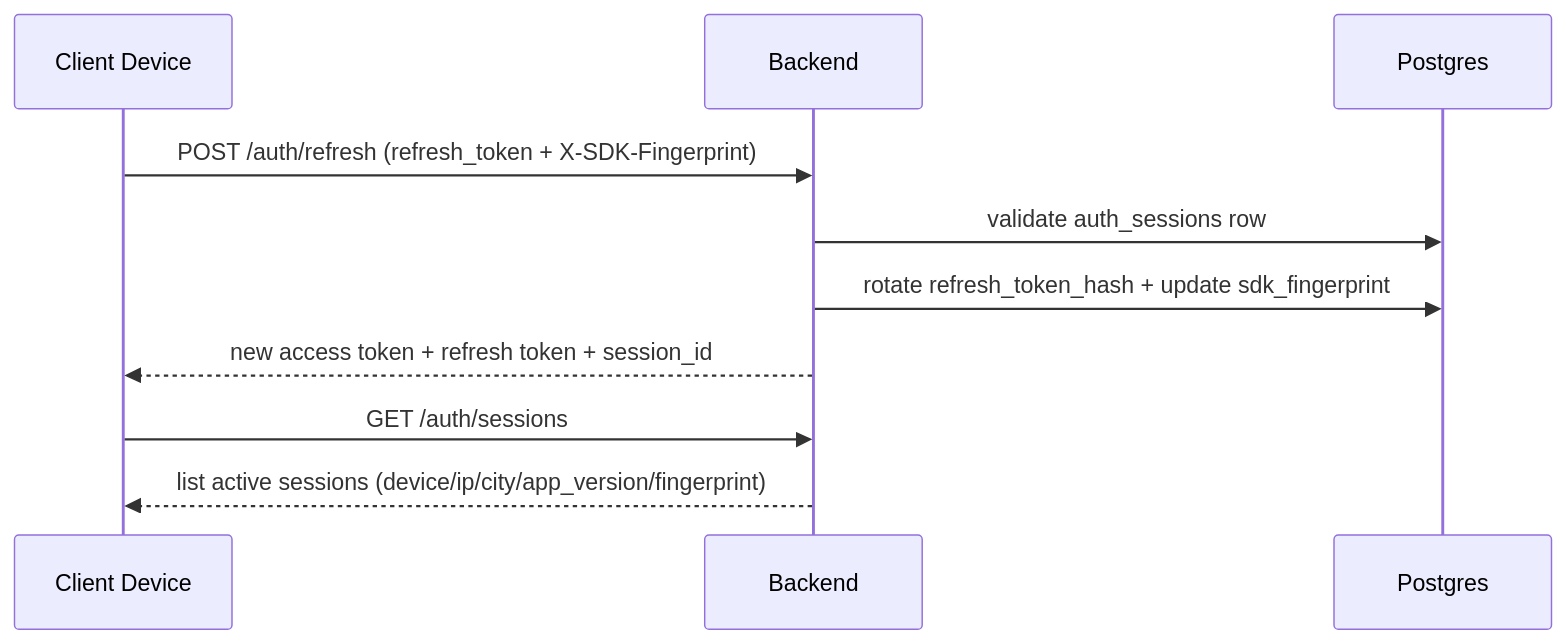
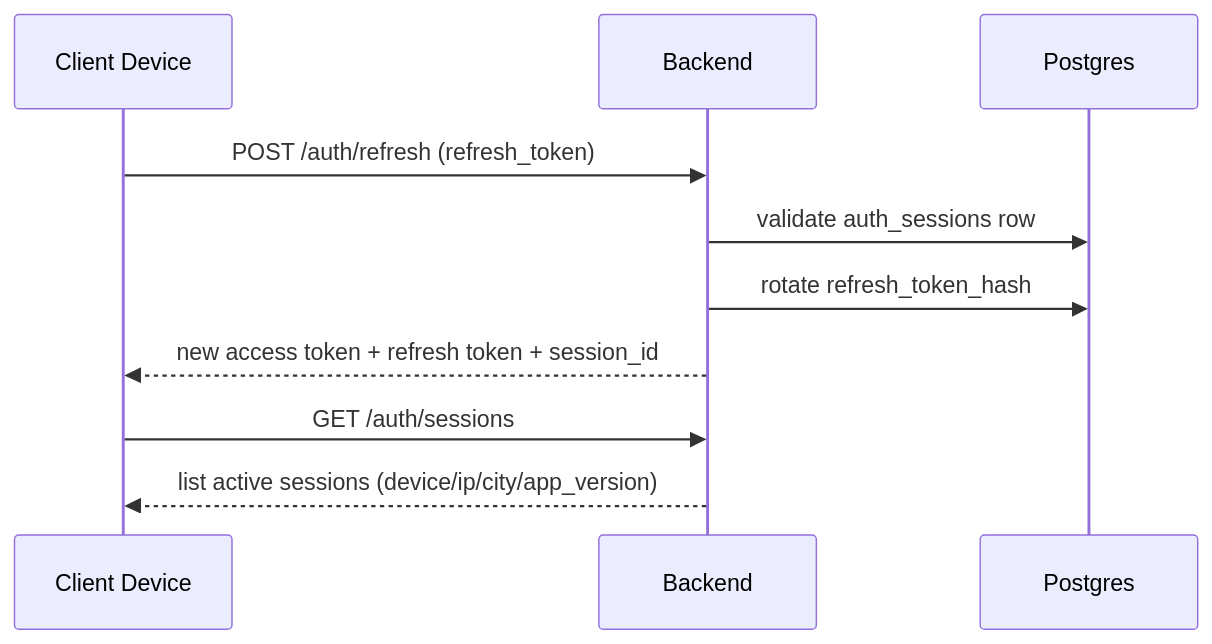
One commit to Taiidzy/ren changed the fifth of 5 diagrams in ARCHITECTURE.md. Above: the diagram before and after it, drawn with Mermaid. The commit also changed other lines of this file and 22 other files, not shown here.

````diff
--- a/ARCHITECTURE.md
+++ b/ARCHITECTURE.md
@@ -98,13 +98,13 @@
 ```mermaid
 sequenceDiagram
   participant C as Client Device
   participant B as Backend
   participant P as Postgres
 
-  C->>B: POST /auth/refresh (refresh_token + X-SDK-Fingerprint)
+  C->>B: POST /auth/refresh (refresh_token)
   B->>P: validate auth_sessions row
-  B->>P: rotate refresh_token_hash + update sdk_fingerprint
+  B->>P: rotate refresh_token_hash
   B-->>C: new access token + refresh token + session_id
   C->>B: GET /auth/sessions
-  B-->>C: list active sessions (device/ip/city/app_version/fingerprint)
+  B-->>C: list active sessions (device/ip/city/app_version)
 ```
````
